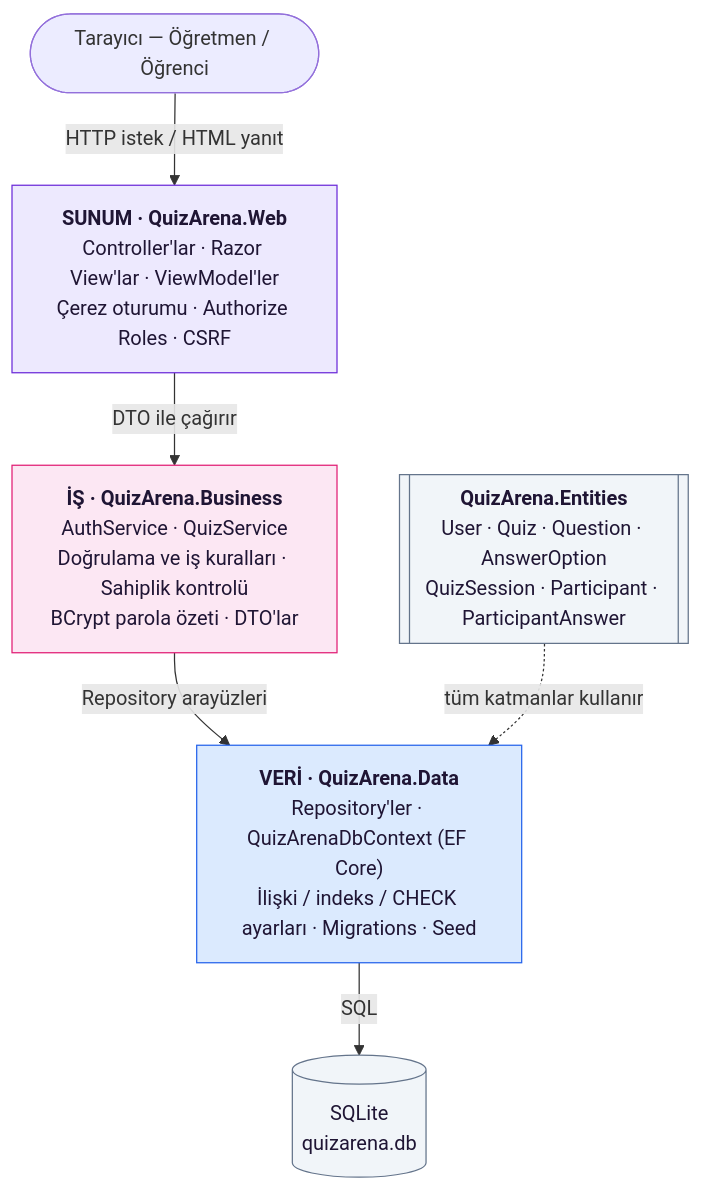
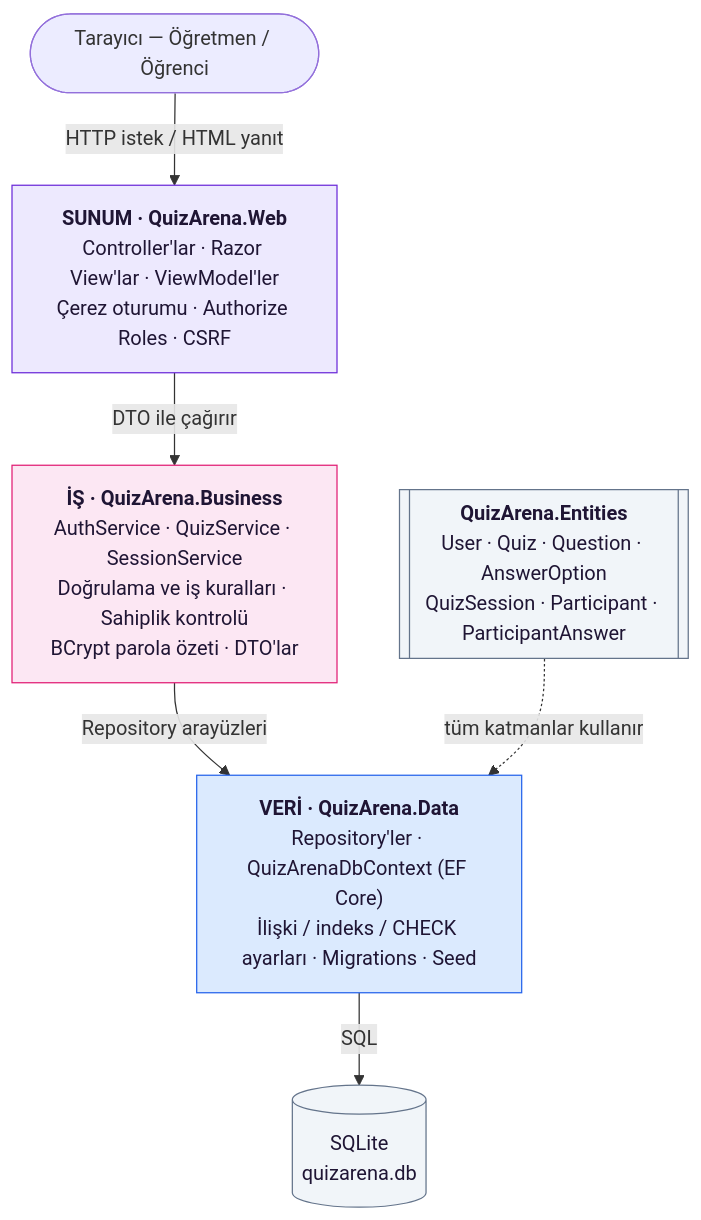
The diagram in docs/mimari.md (hamzaonver/QuizYarismasi), drawn with Mermaid before and after one commit. The commit also changed other lines of this file and 42 other files, not shown here.

````diff
--- a/docs/mimari.md
+++ b/docs/mimari.md
@@ -19,24 +19,24 @@
 ```mermaid
 flowchart TB
     U(["Tarayıcı — Öğretmen / Öğrenci"])
     WEB["<b>SUNUM · QuizArena.Web</b><br/>Controller'lar · Razor View'lar · ViewModel'ler<br/>Çerez oturumu · Authorize Roles · CSRF"]
-    BUS["<b>İŞ · QuizArena.Business</b><br/>AuthService · QuizService<br/>Doğrulama ve iş kuralları · Sahiplik kontrolü<br/>BCrypt parola özeti · DTO'lar"]
+    BUS["<b>İŞ · QuizArena.Business</b><br/>AuthService · QuizService · SessionService<br/>Doğrulama ve iş kuralları · Sahiplik kontrolü<br/>BCrypt parola özeti · DTO'lar"]
     DAT["<b>VERİ · QuizArena.Data</b><br/>Repository'ler · QuizArenaDbContext (EF Core)<br/>İlişki / indeks / CHECK ayarları · Migrations · Seed"]
     DB[("SQLite<br/>quizarena.db")]
     ENT[["<b>QuizArena.Entities</b><br/>User · Quiz · Question · AnswerOption<br/>QuizSession · Participant · ParticipantAnswer"]]
 
     U -->|"HTTP istek / HTML yanıt"| WEB
     WEB -->|"DTO ile çağırır"| BUS
     BUS -->|"Repository arayüzleri"| DAT
     DAT -->|"SQL"| DB
     ENT -.->|"tüm katmanlar kullanır"| DAT
 
     classDef web fill:#ede9fe,stroke:#6c2bd9,color:#1f1534
     classDef bus fill:#fce7f3,stroke:#e11d74,color:#1f1534
     classDef dat fill:#dbeafe,stroke:#2563eb,color:#1f1534
     classDef ent fill:#f1f5f9,stroke:#64748b,color:#1f1534
     class WEB web
     class BUS bus
     class DAT dat
     class ENT,DB ent
 ```
````
